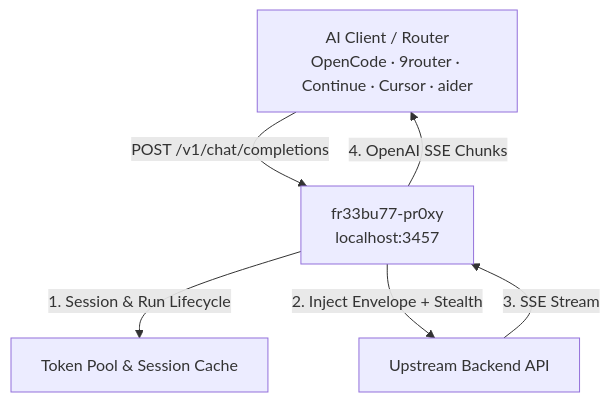
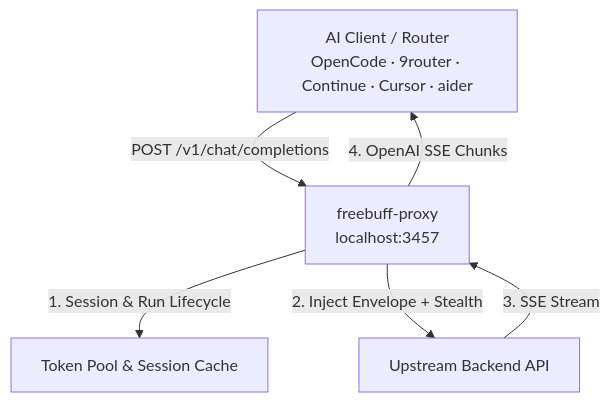
One commit to arsydoni4326-alt/freebuff-proxy changed the diagram in README.md. Above: the diagram before and after it, drawn with Mermaid. The commit also changed other lines of this file, not shown here.

Commit message:
docs: adopt clean title 'freebuff-proxy — OpenAI-Compatible Coding Gateway'

````diff
--- a/README.md
+++ b/README.md
@@ -30,8 +30,8 @@
 ```mermaid
 graph TD
-    Client[AI Client / Router<br/>OpenCode · 9router · Continue · Cursor · aider] -->|POST /v1/chat/completions| Proxy[fr33bu77-pr0xy<br/>localhost:3457]
+    Client[AI Client / Router<br/>OpenCode · 9router · Continue · Cursor · aider] -->|POST /v1/chat/completions| Proxy[freebuff-proxy<br/>localhost:3457]
     Proxy -->|1. Session & Run Lifecycle| Pool[Token Pool & Session Cache]
     Proxy -->|2. Inject Envelope + Stealth| Upstream[Upstream Backend API]
     Upstream -->|3. SSE Stream| Proxy
     Proxy -->|4. OpenAI SSE Chunks| Client
 ```
````
